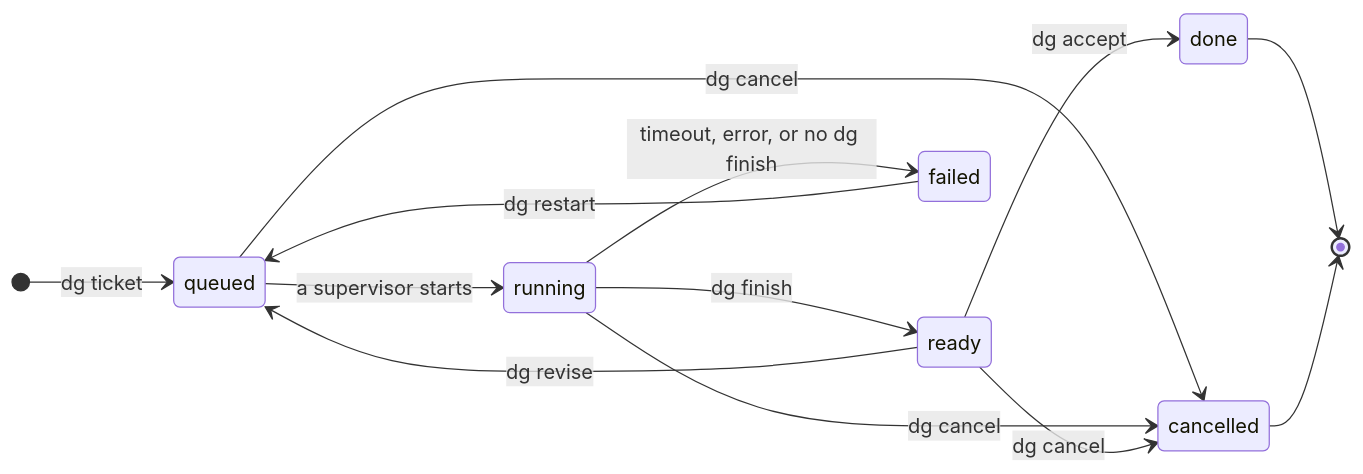
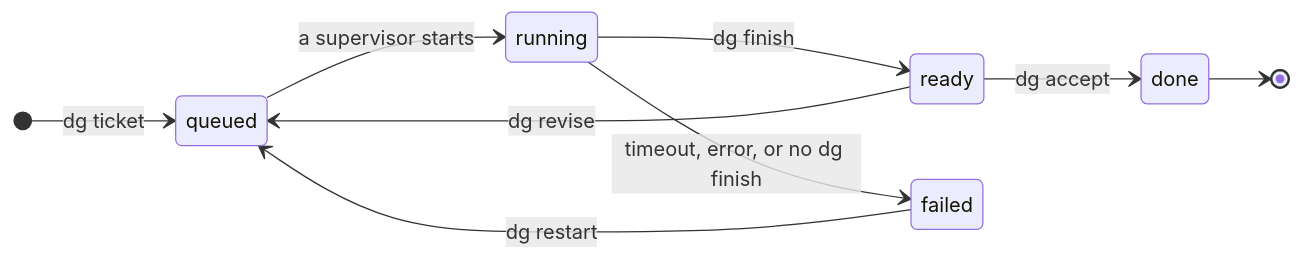
Before and after one commit to alcubie/delegator: the diagram in docs/TECHNICAL_DESIGN.md, drawn with Mermaid. The commit also changed other lines of this file, not shown here.

First line of the commit message:
Let dg cancel operate from each state that is not the end

````diff
--- a/docs/TECHNICAL_DESIGN.md
+++ b/docs/TECHNICAL_DESIGN.md
@@ -410,16 +411,12 @@
 ```mermaid
 stateDiagram-v2
     direction LR
     [*] --> queued: dg ticket
     queued --> running: a supervisor starts
     running --> ready: dg finish
     running --> failed: timeout, error, or no dg finish
     failed --> queued: dg restart
     ready --> done: dg accept
     ready --> queued: dg revise
-    queued --> cancelled: dg cancel
-    running --> cancelled: dg cancel
-    ready --> cancelled: dg cancel
     done --> [*]
-    cancelled --> [*]
 ```
````
